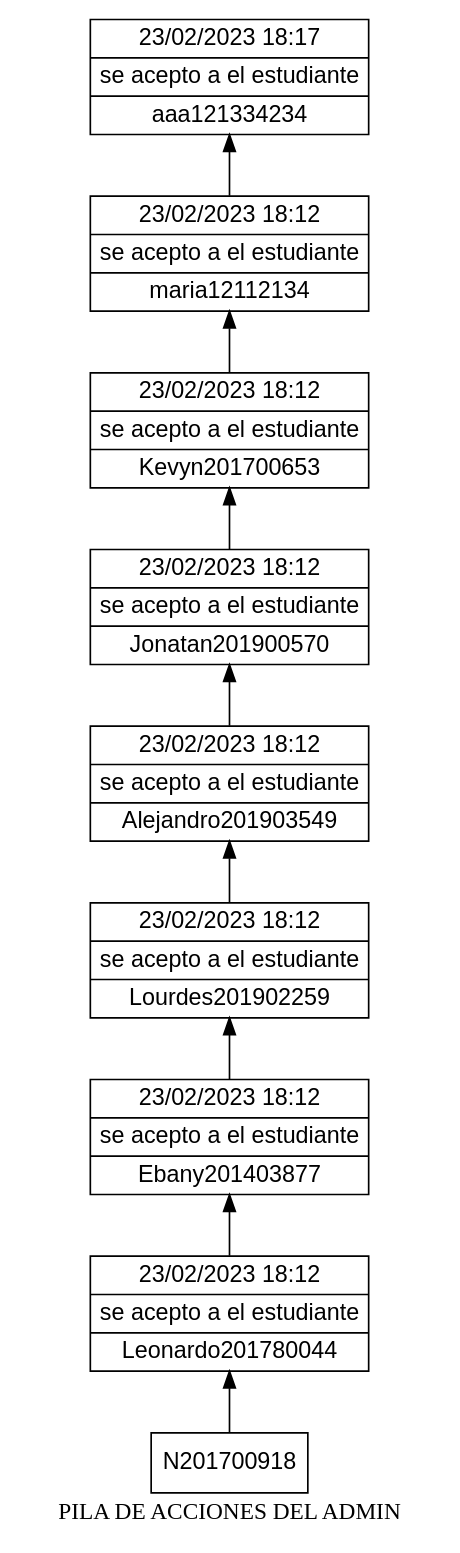
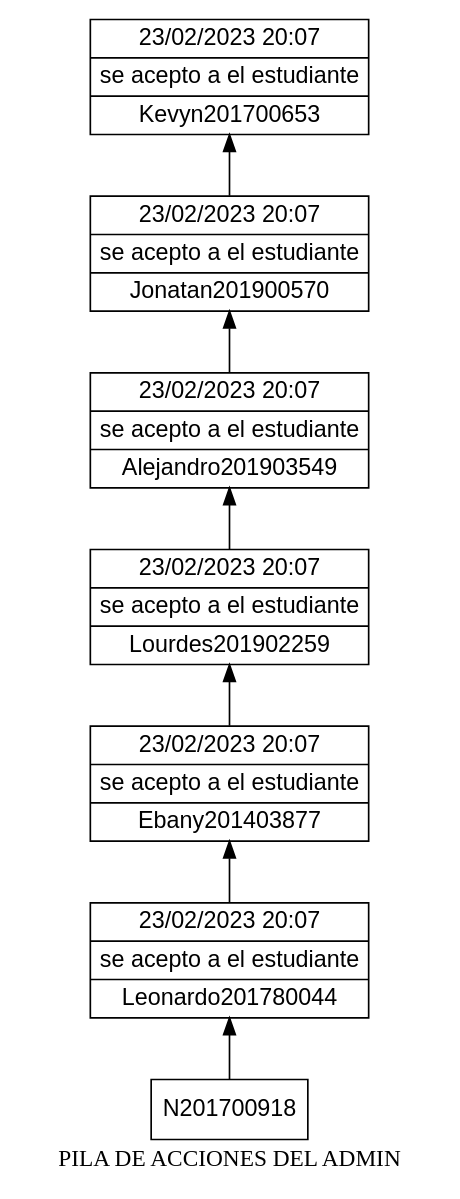
The diagram in EDD_Proyecto1_Fase1/pila.dot (Nahomi-Aparicio/EDD_1S2023_PY_202113293_F1), drawn with Graphviz before and after one commit. The commit also changed 6 other files, not shown here.

```diff
--- a/EDD_Proyecto1_Fase1/pila.dot
+++ b/EDD_Proyecto1_Fase1/pila.dot
@@ -1,22 +1,18 @@
 digraph G {
 rankdir=BT;
 node [shape=box];
 node [shape=record fontname=Arial]
 label = "PILA DE ACCIONES DEL ADMIN";
-N121334234[label="{23/02/2023      18:17     |se acepto a el estudiante|aaa121334234}"];
-N12112134->N121334234;
-N12112134[label="{23/02/2023      18:12     |se acepto a el estudiante|maria12112134}"];
-N201700653->N12112134;
-N201700653[label="{23/02/2023      18:12     |se acepto a el estudiante|Kevyn201700653}"];
+N201700653[label="{23/02/2023      20:07     |se acepto a el estudiante|Kevyn201700653}"];
 N201900570->N201700653;
-N201900570[label="{23/02/2023      18:12     |se acepto a el estudiante|Jonatan201900570}"];
+N201900570[label="{23/02/2023      20:07     |se acepto a el estudiante|Jonatan201900570}"];
 N201903549->N201900570;
-N201903549[label="{23/02/2023      18:12     |se acepto a el estudiante|Alejandro201903549}"];
+N201903549[label="{23/02/2023      20:07     |se acepto a el estudiante|Alejandro201903549}"];
 N201902259->N201903549;
-N201902259[label="{23/02/2023      18:12     |se acepto a el estudiante|Lourdes201902259}"];
+N201902259[label="{23/02/2023      20:07     |se acepto a el estudiante|Lourdes201902259}"];
 N201403877->N201902259;
-N201403877[label="{23/02/2023      18:12     |se acepto a el estudiante|Ebany201403877}"];
+N201403877[label="{23/02/2023      20:07     |se acepto a el estudiante|Ebany201403877}"];
 N201780044->N201403877;
-N201780044[label="{23/02/2023      18:12     |se acepto a el estudiante|Leonardo201780044}"];
+N201780044[label="{23/02/2023      20:07     |se acepto a el estudiante|Leonardo201780044}"];
 N201700918->N201780044;
 }
```
